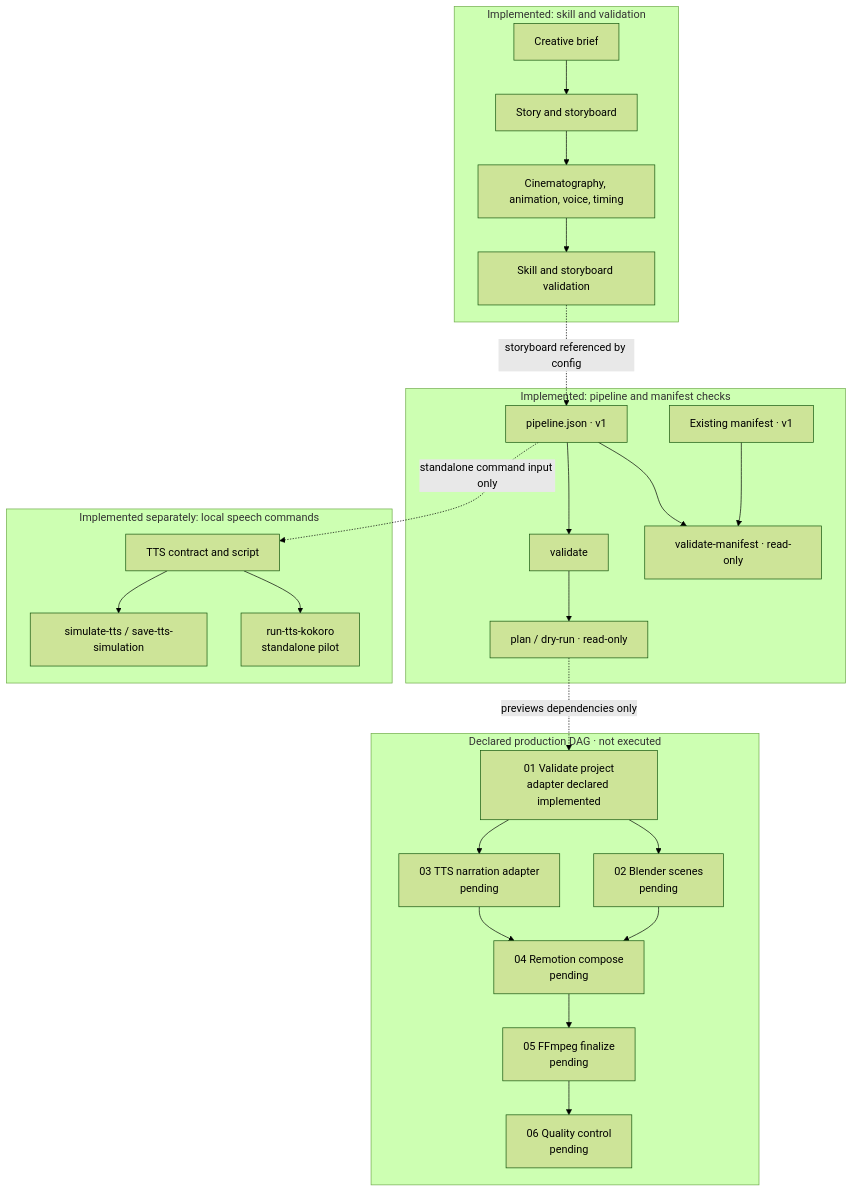
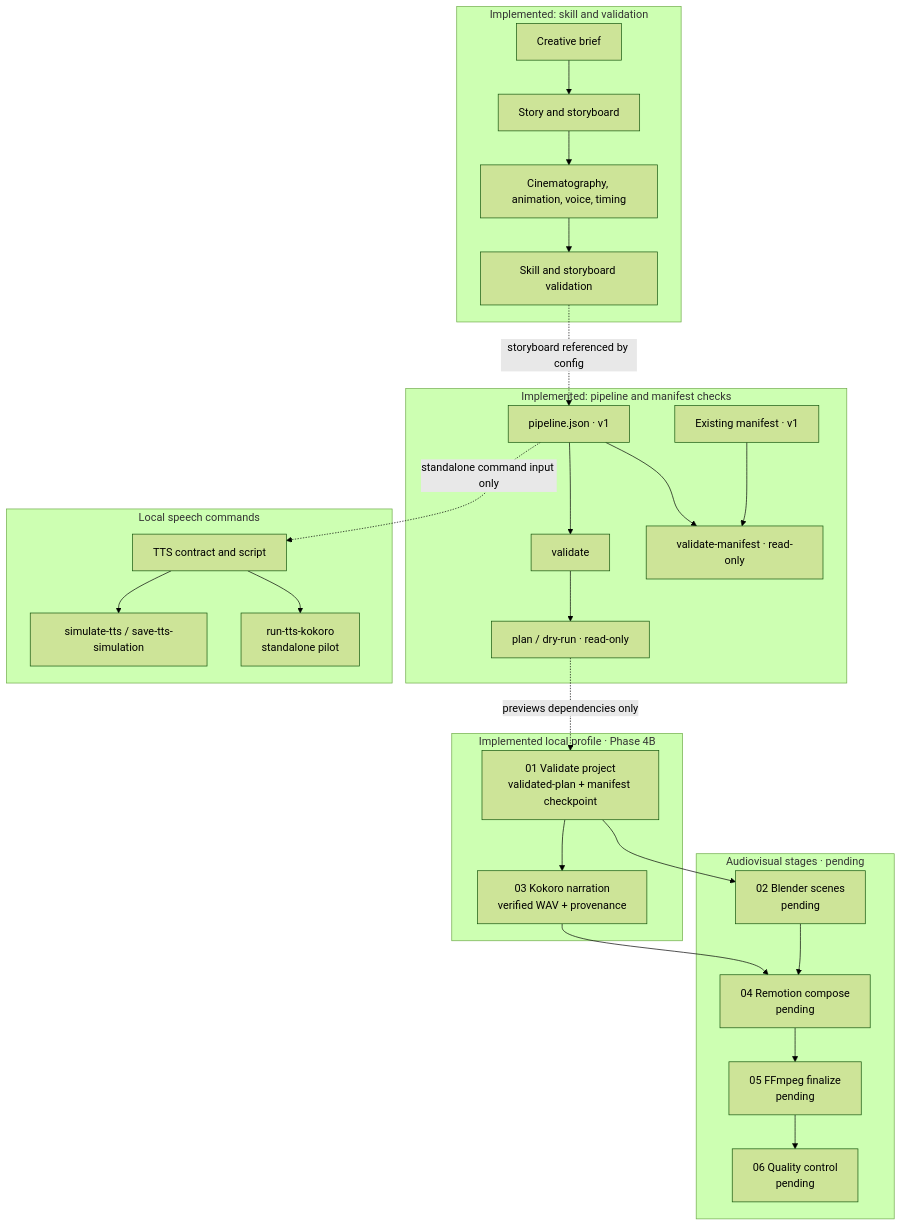
One commit to IsmaelZamora4/cinematic-shorts-pipeline changed the first of 2 diagrams in README.md. Above: the diagram before and after it, drawn with Mermaid (forest theme). The commit also changed other lines of this file and 5 other files, not shown here.

Commit message:
docs: record Phase 4C TTS release readiness

````diff
--- a/README.md
+++ b/README.md
@@ -50,38 +52,41 @@
 ```mermaid
 flowchart TB
   subgraph Planning["Implemented: skill and validation"]
     Brief["Creative brief"] --> Story["Story and storyboard"]
     Story --> Plans["Cinematography, animation, voice, timing"]
     Plans --> StoryCheck["Skill and storyboard validation"]
   end
 
   subgraph Contracts["Implemented: pipeline and manifest checks"]
     Config["pipeline.json · v1"] --> Validate["validate"]
     Validate --> Preview["plan / dry-run · read-only"]
     ExistingManifest["Existing manifest · v1"] --> ManifestCheck["validate-manifest · read-only"]
     Config --> ManifestCheck
   end
 
-  subgraph DeclaredDAG["Declared production DAG · not executed"]
-    ProjectCheck["01 Validate project<br/>adapter declared implemented"]
+  subgraph ProductiveTTS["Implemented local profile · Phase 4B"]
+    ProjectCheck["01 Validate project<br/>validated-plan + manifest checkpoint"]
+    TTSStage["03 Kokoro narration<br/>verified WAV + provenance"]
+    ProjectCheck --> TTSStage
+  end
+
+  subgraph DeclaredDAG["Audiovisual stages · pending"]
     Blender["02 Blender scenes<br/>pending"]
-    TTSStage["03 TTS narration adapter<br/>pending"]
     Remotion["04 Remotion compose<br/>pending"]
     FFmpeg["05 FFmpeg finalize<br/>pending"]
     QA["06 Quality control<br/>pending"]
-    ProjectCheck --> Blender
-    ProjectCheck --> TTSStage
     Blender --> Remotion
     TTSStage --> Remotion
     Remotion --> FFmpeg --> QA
   end
 
+  ProjectCheck --> Blender
   StoryCheck -. storyboard referenced by config .-> Config
   Preview -. previews dependencies only .-> ProjectCheck
 
-  subgraph Speech["Implemented separately: local speech commands"]
+  subgraph Speech["Local speech commands"]
     TTSContract["TTS contract and script"] --> Mock["simulate-tts / save-tts-simulation"]
     TTSContract --> Kokoro["run-tts-kokoro<br/>standalone pilot"]
   end
   Config -. standalone command input only .-> TTSContract
 ```
````
